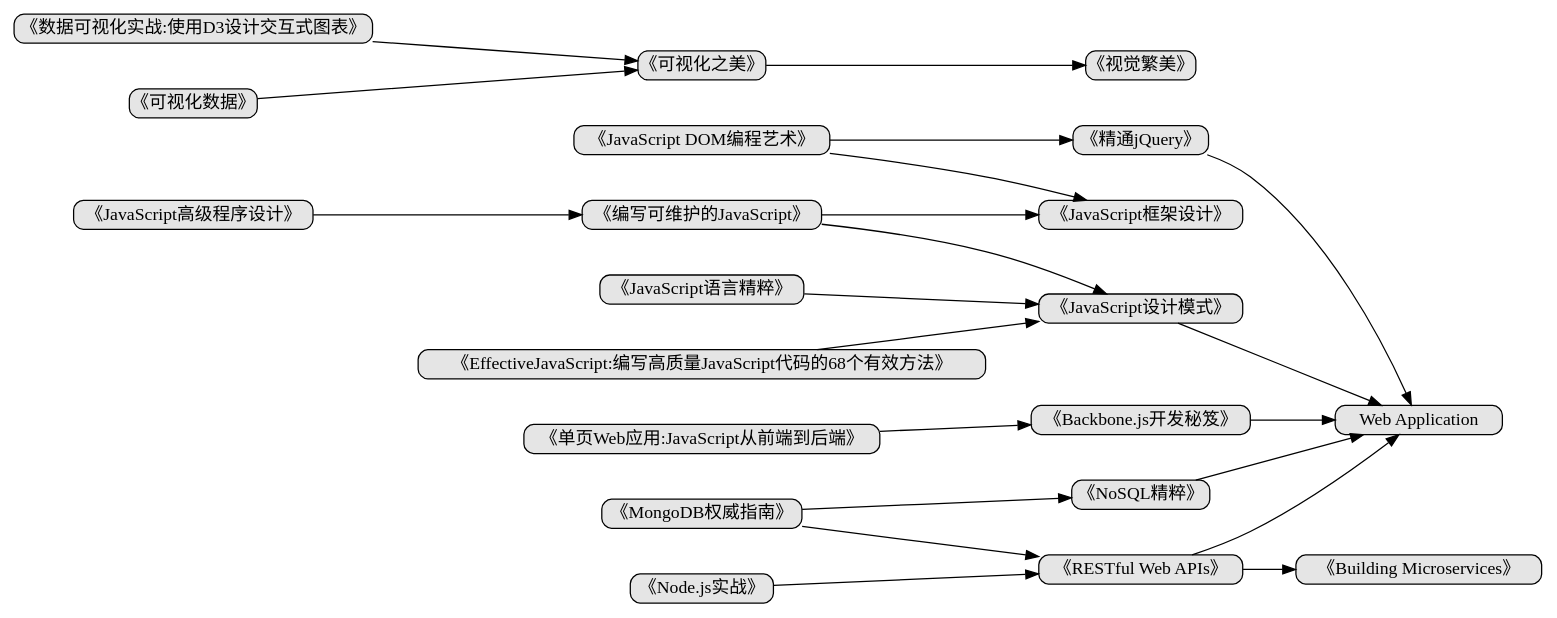
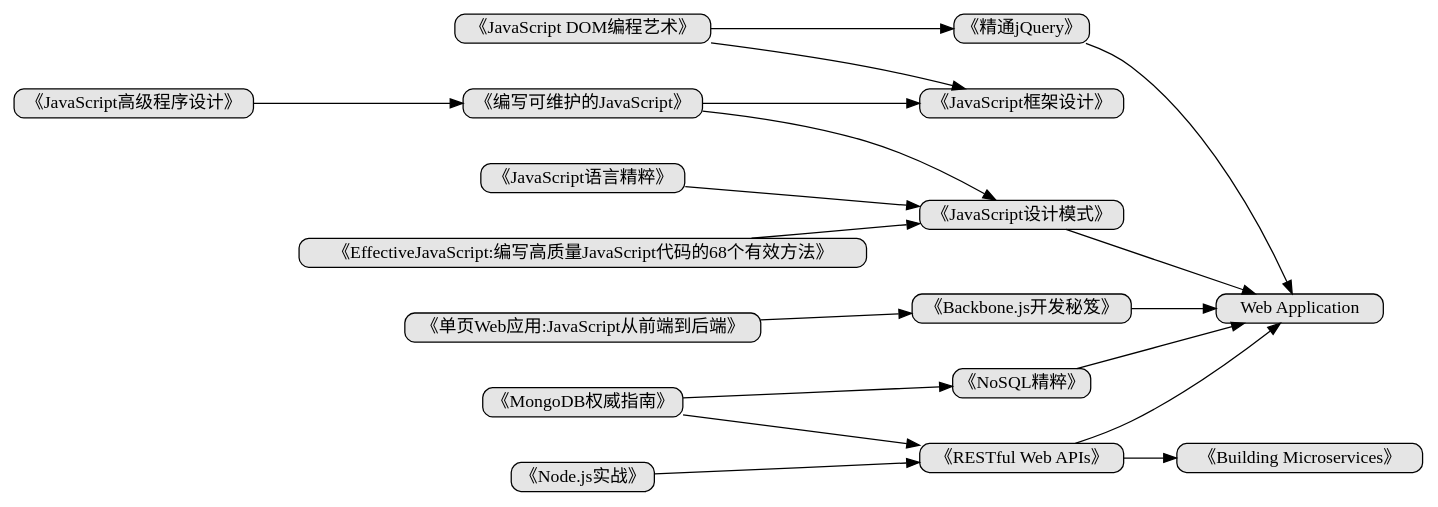
The diagram in dot/js.dot (phodal/developer), drawn with Graphviz before and after one commit. The commit also changed 4 other files, not shown here.

```diff
--- a/dot/js.dot
+++ b/dot/js.dot
@@ -1,22 +1,20 @@
 digraph tree
 {
     nodesep=0.5;
     charset="UTF-8";
     rankdir=LR;
     fixedsize=true;
     node [style="rounded,filled", width=0, height=0, shape=box, fillcolor="#E5E5E5", concentrate=true]
 
     "《JavaScript高级程序设计》" -> "《编写可维护的JavaScript》"
     "《编写可维护的JavaScript》" -> "《JavaScript设计模式》"
     "《EffectiveJavaScript:编写高质量JavaScript代码的68个有效方法》" -> "《JavaScript设计模式》"
     "《JavaScript语言精粹》" -> "《JavaScript设计模式》" -> "Web Application"
     "《单页Web应用:JavaScript从前端到后端》" -> "《Backbone.js开发秘笈》" -> "Web Application"
     "《JavaScript DOM编程艺术》" -> "《精通jQuery》" -> "Web Application"
     "《JavaScript DOM编程艺术》" -> "《JavaScript框架设计》"
     "《编写可维护的JavaScript》"  -> "《JavaScript框架设计》"
     "《Node.js实战》" -> "《RESTful Web APIs》" -> "Web Application"
     "《MongoDB权威指南》" -> "《NoSQL精粹》" -> "Web Application"
     "《MongoDB权威指南》" -> "《RESTful Web APIs》" -> "《Building Microservices》"
-    "《数据可视化实战:使用D3设计交互式图表》" -> "《可视化之美》"
-    "《可视化数据》" -> "《可视化之美》" -> "《视觉繁美》"
 }
```
